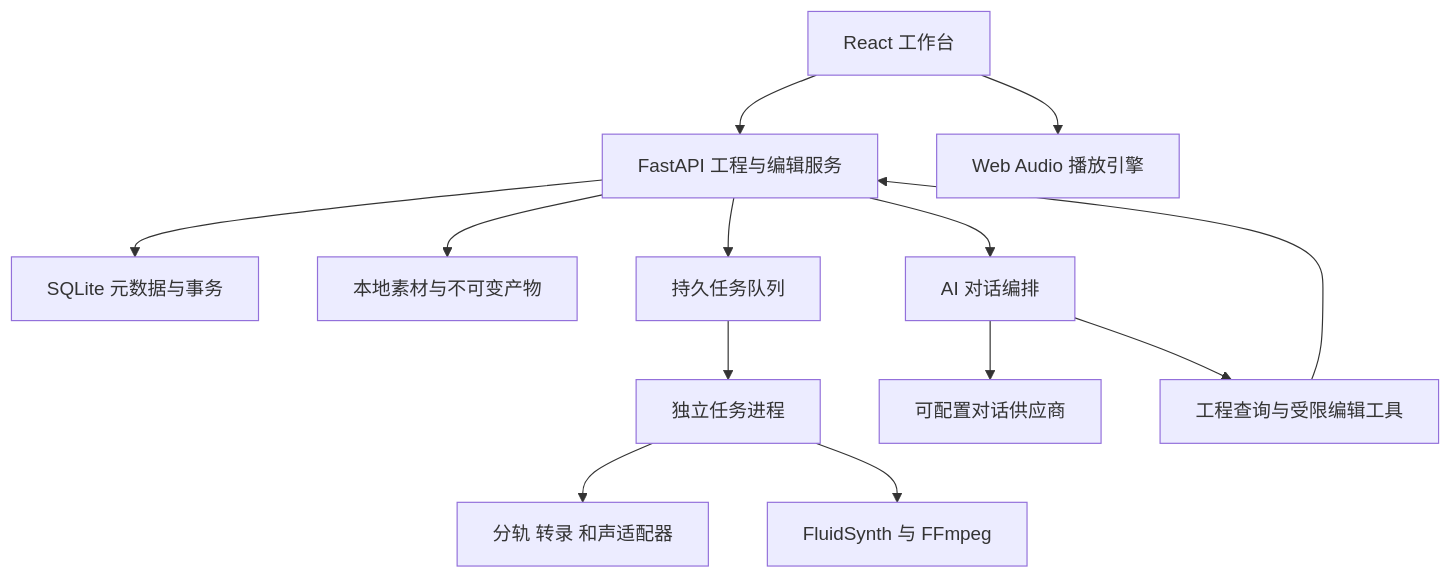
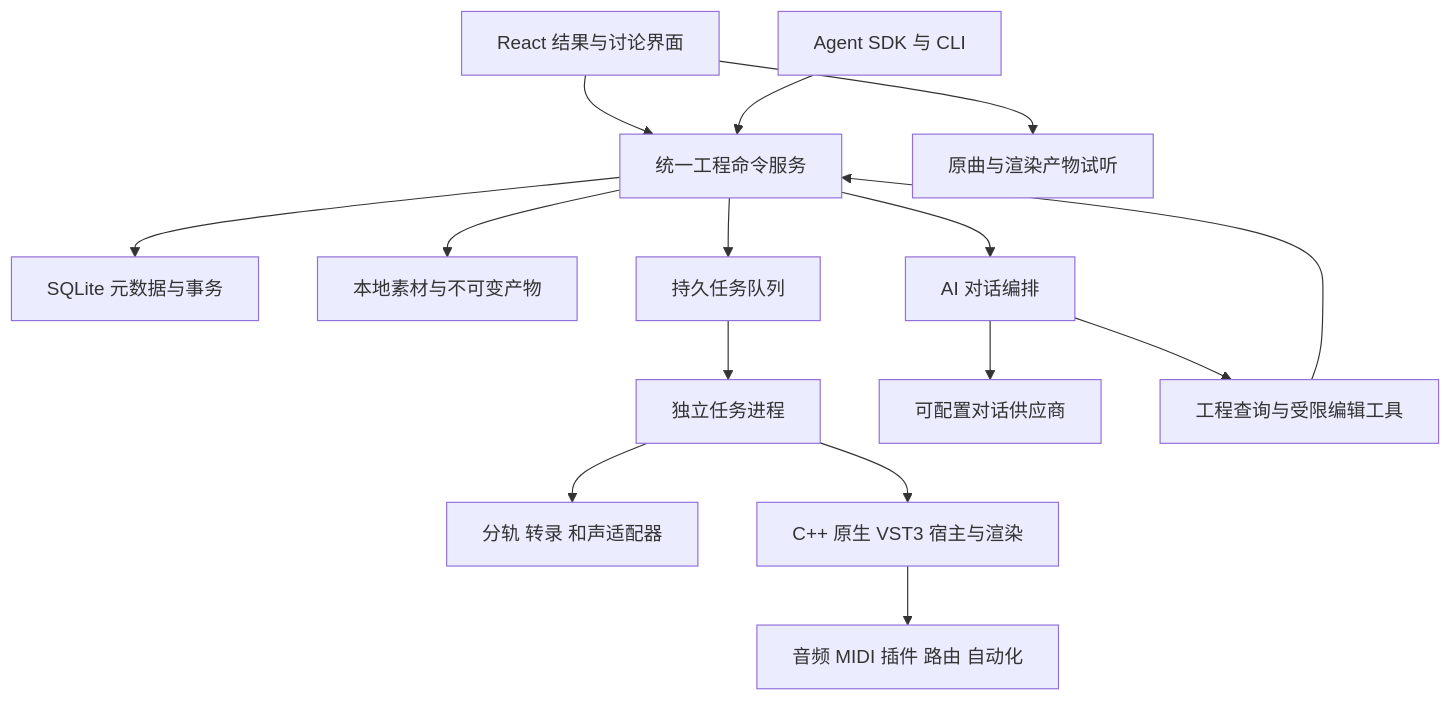
Before and after one commit to kazusa000/music-learning: the diagram in docs/03-architecture.md, drawn with Mermaid. The commit also changed other lines of this file and 13 other files, not shown here.

Commit message:
docs: refocus on agent-operated VST3 DAW and shortlist free plugins

````diff
--- a/docs/03-architecture.md
+++ b/docs/03-architecture.md
@@ -7,15 +7,17 @@
 ```mermaid
 flowchart TB
-    UI[React 工作台] --> API[FastAPI 工程与编辑服务]
-    UI --> PLAYER[Web Audio 播放引擎]
+    UI[React 结果与讨论界面] --> API[统一工程命令服务]
+    SDK[Agent SDK 与 CLI] --> API
+    UI --> PLAYER[原曲与渲染产物试听]
     API --> DB[SQLite 元数据与事务]
     API --> FILES[本地素材与不可变产物]
     API --> QUEUE[持久任务队列]
     QUEUE --> WORKER[独立任务进程]
     WORKER --> MODELS[分轨 转录 和声适配器]
-    WORKER --> RENDER[FluidSynth 与 FFmpeg]
+    WORKER --> RENDER[C++ 原生 VST3 宿主与渲染]
+    RENDER --> GRAPH[音频 MIDI 插件 路由 自动化]
     API --> AGENT[AI 对话编排]
     AGENT --> PROVIDER[可配置对话供应商]
     AGENT --> TOOLS[工程查询与受限编辑工具]
     TOOLS --> API
 ```
````
